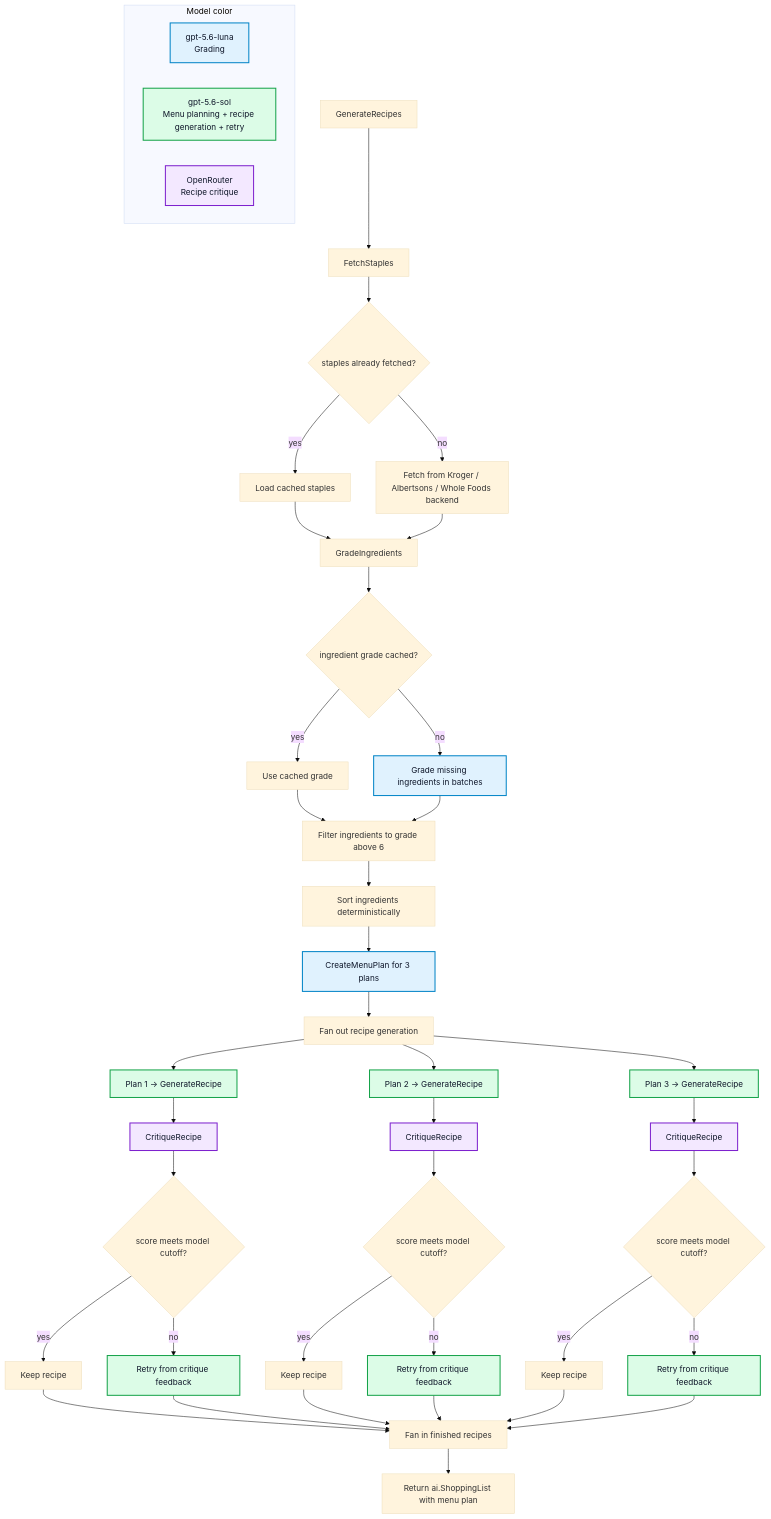
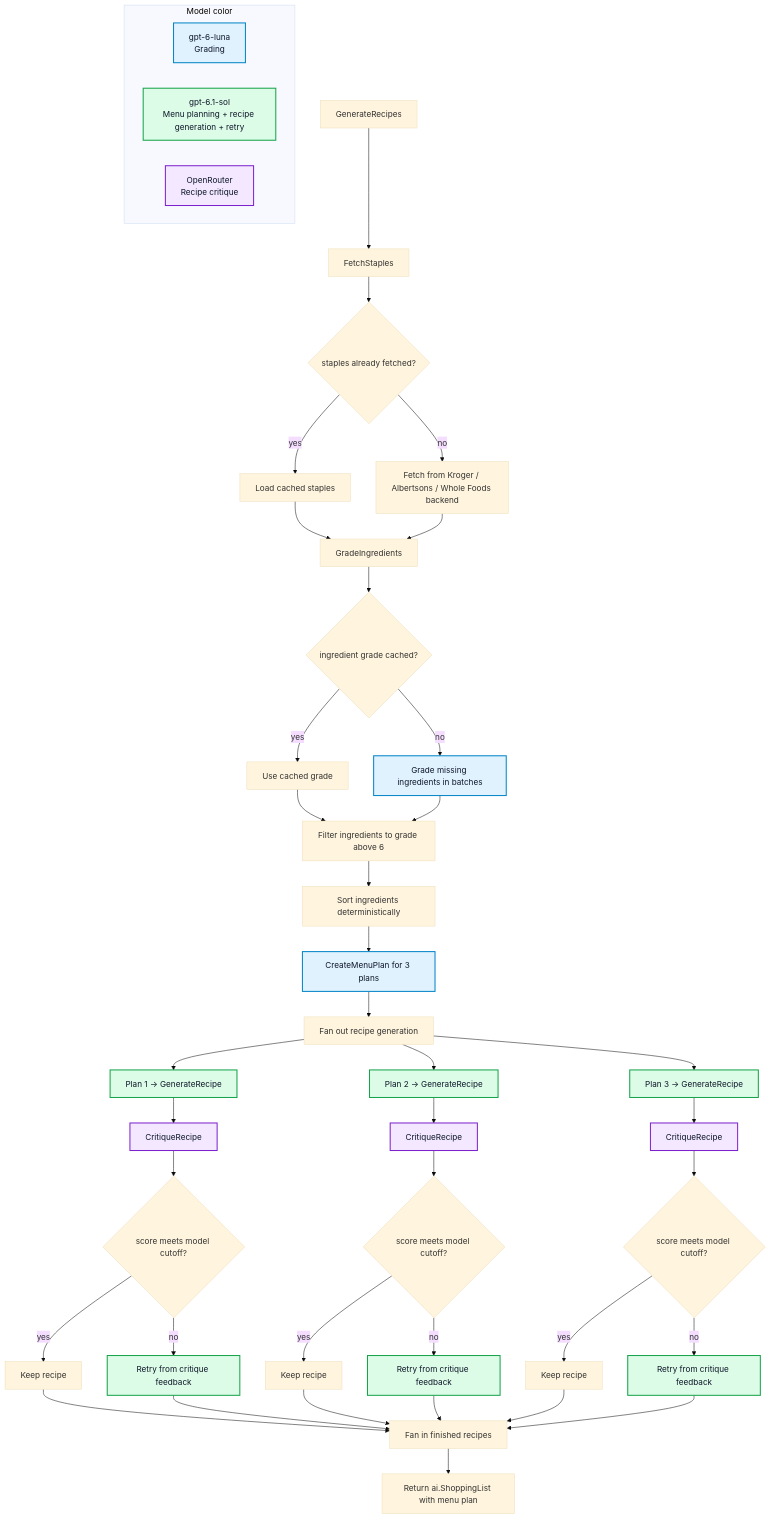
The diagram in docs/recipe-generation-walkthrough.md (paulgmiller/careme), drawn with Mermaid (base theme) before and after one commit. The commit also changed other lines of this file and 14 other files, not shown here.

````diff
--- a/docs/recipe-generation-walkthrough.md
+++ b/docs/recipe-generation-walkthrough.md
@@ -7,62 +7,62 @@
 ```mermaid
 flowchart TD
     subgraph Legend["Model color"]
-        MiniLegend["gpt-5.6-luna<br/>Grading"]
-        GPT5Legend["gpt-5.6-sol<br/>Menu planning + recipe generation + retry"]
+        MiniLegend["gpt-6-luna<br/>Grading"]
+        RecipeModelLegend["gpt-6.1-sol<br/>Menu planning + recipe generation + retry"]
         OpenRouterLegend["OpenRouter<br/>Recipe critique"]
     end
 
     A["GenerateRecipes"] --> B["FetchStaples"]
     B --> C{"staples already fetched?"}
     C -- "yes" --> D["Load cached staples"]
     C -- "no" --> E["Fetch from Kroger / Albertsons / Whole Foods backend"]
     E --> G["GradeIngredients"]
     D --> G
 
     G --> H{"ingredient grade cached?"}
     H -- "yes" --> I["Use cached grade"]
     H -- "no" --> J["Grade missing ingredients in batches"]
     I --> L["Filter ingredients to grade above 6"]
     J --> L
 
     L --> M["Sort ingredients deterministically"]
     M --> N["CreateMenuPlan for 3 plans"]
     N --> O["Fan out recipe generation"]
 
     O --> P1["Plan 1 -> GenerateRecipe"]
     O --> P2["Plan 2 -> GenerateRecipe"]
     O --> P3["Plan 3 -> GenerateRecipe"]
 
     P1 --> R1["CritiqueRecipe"]
     P2 --> R2["CritiqueRecipe"]
     P3 --> R3["CritiqueRecipe"]
 
     R1 --> S1{"score meets model cutoff?"}
     R2 --> S2{"score meets model cutoff?"}
     R3 --> S3{"score meets model cutoff?"}
 
     S1 -- "yes" --> T1["Keep recipe"]
     S2 -- "yes" --> T2["Keep recipe"]
     S3 -- "yes" --> T3["Keep recipe"]
 
     S1 -- "no" --> U1["Retry from critique feedback"]
     S2 -- "no" --> U2["Retry from critique feedback"]
     S3 -- "no" --> U3["Retry from critique feedback"]
 
     T1 --> W["Fan in finished recipes"]
     T2 --> W
     T3 --> W
     U1 --> W
     U2 --> W
     U3 --> W
 
     W --> X["Return ai.ShoppingList with menu plan"]
 
     classDef mini fill:#e0f2fe,stroke:#0284c7,color:#0f172a,stroke-width:2px
-    classDef gpt5 fill:#dcfce7,stroke:#16a34a,color:#0f172a,stroke-width:2px
+    classDef recipeModel fill:#dcfce7,stroke:#16a34a,color:#0f172a,stroke-width:2px
     classDef openrouter fill:#f3e8ff,stroke:#7e22ce,color:#0f172a,stroke-width:2px
 
     class MiniLegend,J,N mini
-    class GPT5Legend,P1,P2,P3,U1,U2,U3 gpt5
+    class RecipeModelLegend,P1,P2,P3,U1,U2,U3 recipeModel
     class OpenRouterLegend,R1,R2,R3 openrouter
 ```
````
